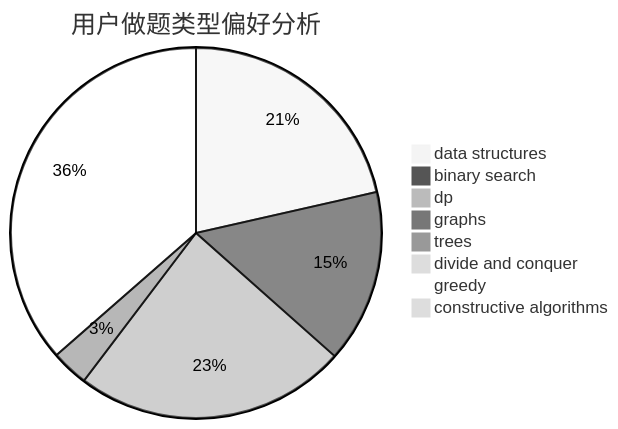
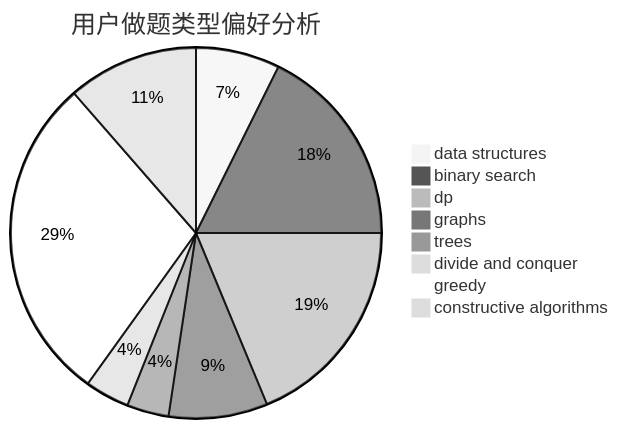
The second of 3 diagrams in docs/user/u2454.md (sherpahu/cfrs.github.io), drawn with Mermaid (neutral theme) before and after one commit. The commit also changed other lines of this file and 2770 other files, not shown here.

````diff
--- a/docs/user/u2454.md
+++ b/docs/user/u2454.md
@@ -23,11 +23,11 @@
 ```mermaid
 pie title 用户做题类型偏好分析
-    "data structures" :  379
-    "binary search" :  267
-    "dp" :  420
-    "graphs" :  7
-    "trees" :  57
-    "divide and conquer" :  15
-    "greedy" :  644
-    "constructive algorithms" :  8
+    "data structures" :  34
+    "binary search" :  82
+    "dp" :  87
+    "graphs" :  40
+    "trees" :  17
+    "divide and conquer" :  18
+    "greedy" :  133
+    "constructive algorithms" :  53
 ```
````
